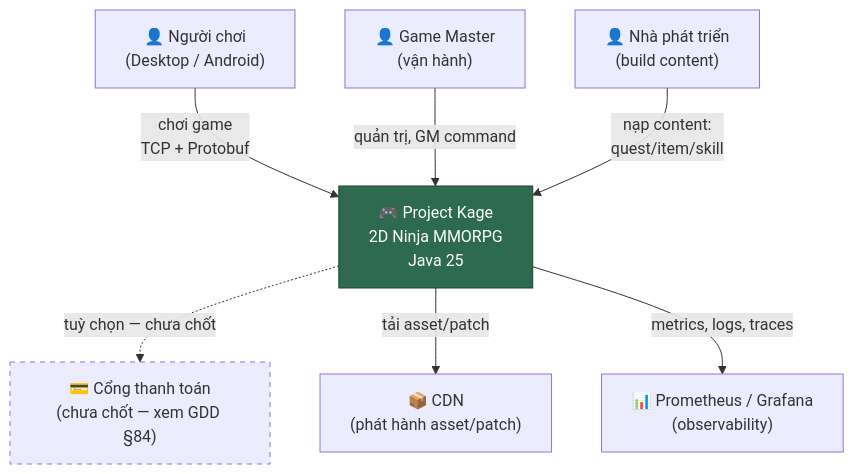
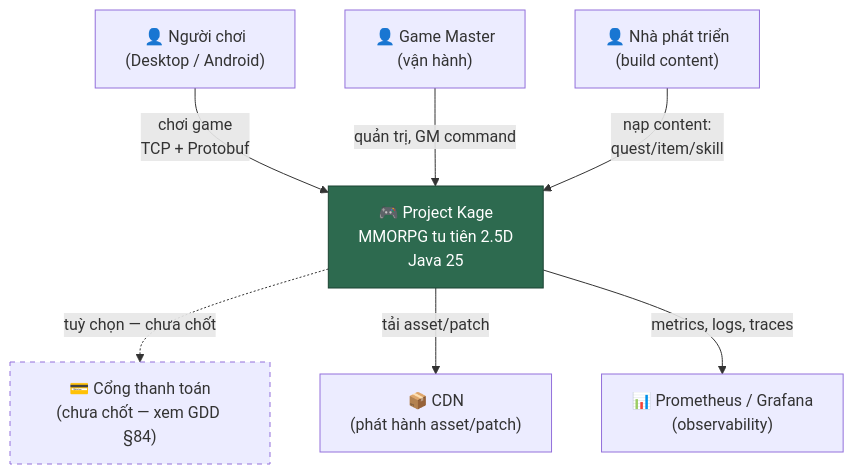
One commit to ta-min-hieu/shinobi-engine changed the first of 10 diagrams in docs/01-architecture/ARCHITECTURE.md. Above: the diagram before and after it, drawn with Mermaid. The commit also changed 10 other files, not shown here.

````diff
--- a/docs/01-architecture/ARCHITECTURE.md
+++ b/docs/01-architecture/ARCHITECTURE.md
@@ -45,23 +45,23 @@
 ```mermaid
 graph TB
     Player["👤 Người chơi<br/>(Desktop / Android)"]
     GM["👤 Game Master<br/>(vận hành)"]
     Dev["👤 Nhà phát triển<br/>(build content)"]
 
-    Kage["🎮 Project Kage<br/>2D Ninja MMORPG<br/>Java 25"]
+    Kage["🎮 Project Kage<br/>MMORPG tu tiên 2.5D<br/>Java 25"]
 
     Payment["💳 Cổng thanh toán<br/>(chưa chốt — xem GDD §84)"]
     CDN["📦 CDN<br/>(phát hành asset/patch)"]
     Monitor["📊 Prometheus / Grafana<br/>(observability)"]
 
     Player -->|"chơi game<br/>TCP + Protobuf"| Kage
     GM -->|"quản trị, GM command"| Kage
     Dev -->|"nạp content:<br/>quest/item/skill"| Kage
 
     Kage -.->|"tuỳ chọn — chưa chốt"| Payment
     Kage -->|"tải asset/patch"| CDN
     Kage -->|"metrics, logs, traces"| Monitor
 
     style Kage fill:#2d6a4f,stroke:#1b4332,color:#fff
     style Payment stroke-dasharray: 5 5
 ```
````
